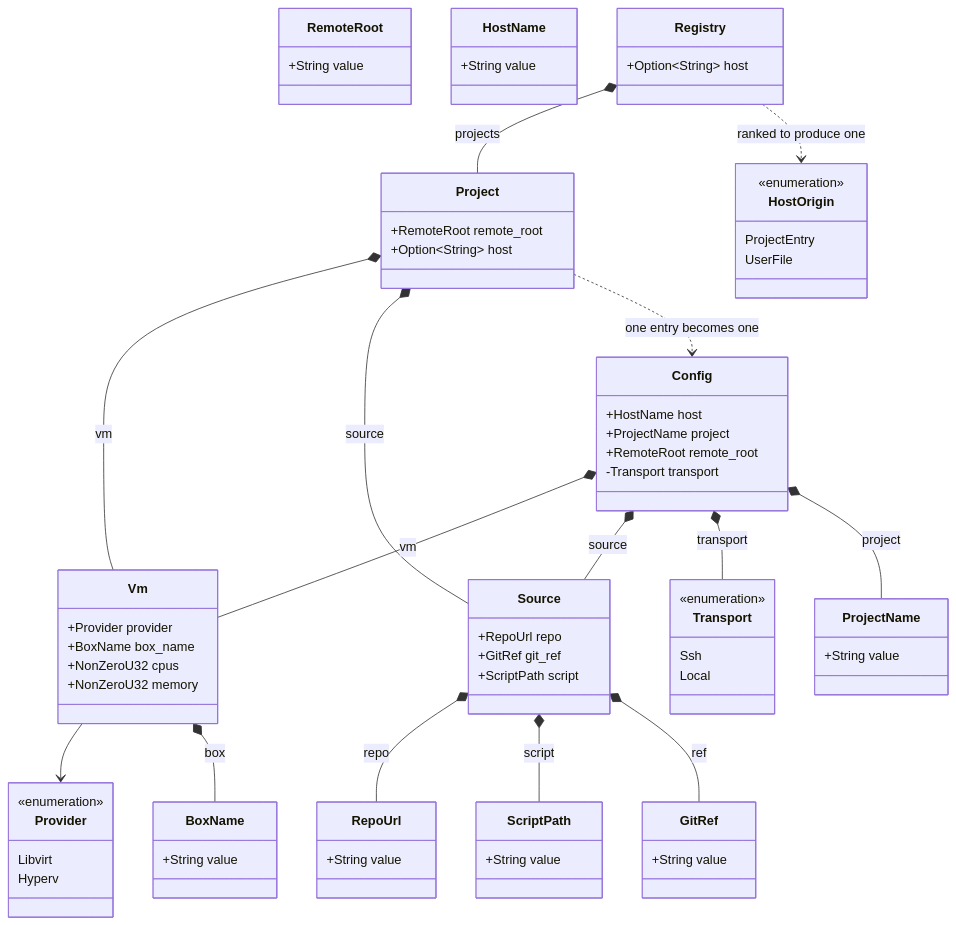
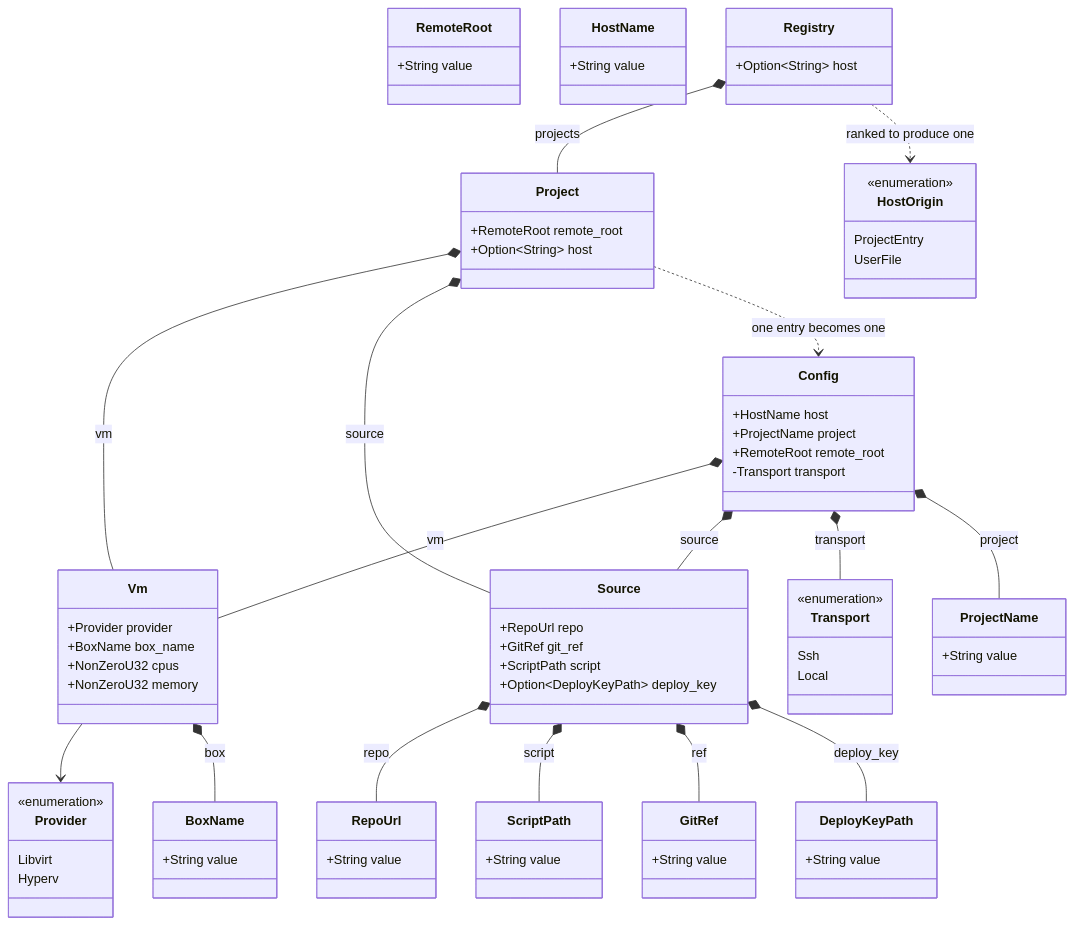
The third of 6 diagrams in docs/architecture.md (breki/bombyx), drawn with Mermaid before and after one commit. The commit also changed other lines of this file and 17 other files, not shown here.

```diff
--- a/docs/architecture.md
+++ b/docs/architecture.md
@@ -214,6 +215,7 @@
     +RepoUrl repo
     +GitRef git_ref
     +ScriptPath script
+    +Option~DeployKeyPath~ deploy_key
   }
   class RepoUrl {
     +String value
@@ -231,6 +233,9 @@
     +String value
   }
   class RemoteRoot {
+    +String value
+  }
+  class DeployKeyPath {
     +String value
   }
   class HostName {
@@ -270,6 +275,7 @@
   Source *-- RepoUrl : repo
   Source *-- ScriptPath : script
   Source *-- GitRef : ref
+  Source *-- DeployKeyPath : deploy_key
   Vm *-- BoxName : box
   Config *-- ProjectName : project
   Registry ..> HostOrigin : ranked to produce one
```
